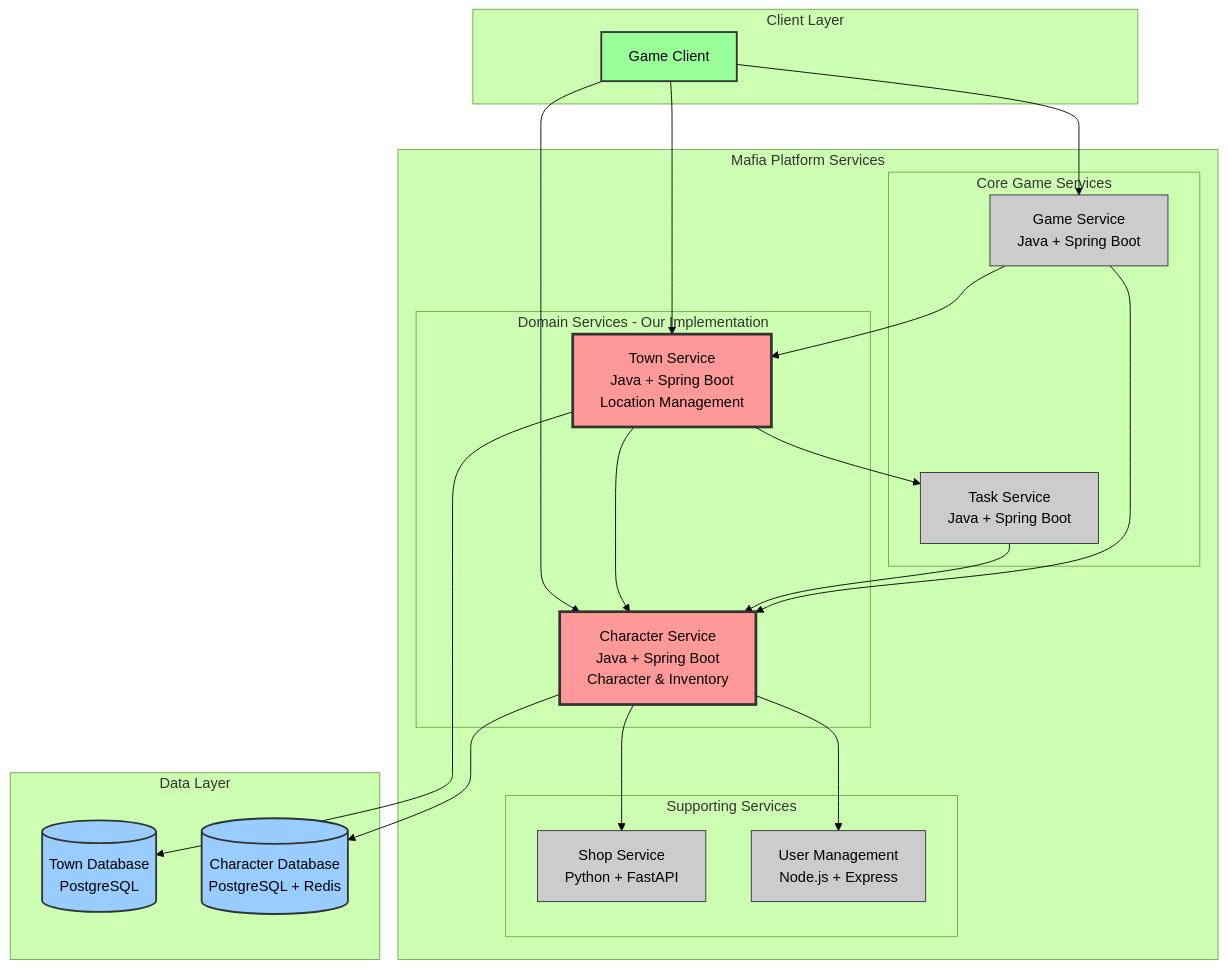
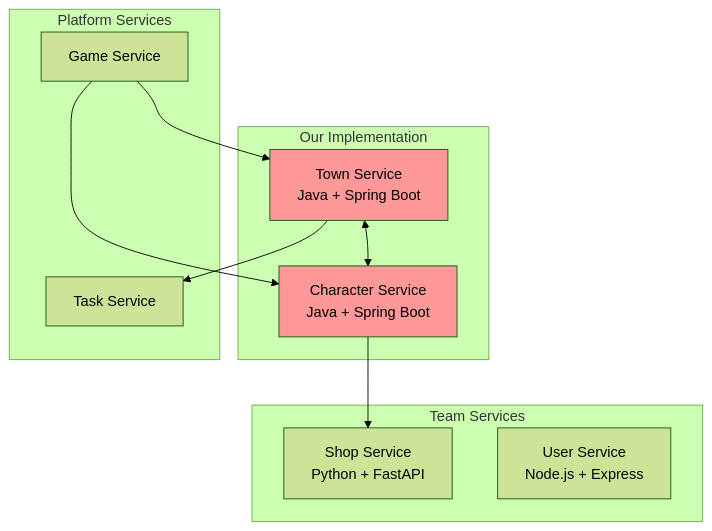
Before and after one commit to Flexksx/distributed_mafia_platform: the diagram in README.md, drawn with Mermaid (forest theme). The commit also changed other lines of this file, not shown here.

````diff
--- a/README.md
+++ b/README.md
@@ -7,57 +7,26 @@
 ```mermaid
 graph TB
-    subgraph "Client Layer"
-        Client[Game Client]
+    subgraph "Our Implementation"
+        Town[Town Service<br/>Java + Spring Boot]
+        Character[Character Service<br/>Java + Spring Boot]
     end
     
-    subgraph "Mafia Platform Services"
-        subgraph "Core Game Services"
-            Game[Game Service<br/>Java + Spring Boot]
-            Task[Task Service<br/>Java + Spring Boot]
-        end
-        
-        subgraph "Domain Services - Our Implementation"
-            Town[Town Service<br/>Java + Spring Boot<br/>Location Management]
-            Character[Character Service<br/>Java + Spring Boot<br/>Character & Inventory]
-        end
-        
-        subgraph "Supporting Services"
-            Shop[Shop Service<br/>Python + FastAPI]
-            User[User Management<br/>Node.js + Express]
-        end
+    subgraph "Team Services"
+        Shop[Shop Service<br/>Python + FastAPI]
+        User[User Service<br/>Node.js + Express]
     end
     
-    subgraph "Data Layer"
-        DB_Town[(Town Database<br/>PostgreSQL)]
-        DB_Character[(Character Database<br/>PostgreSQL + Redis)]
+    subgraph "Platform Services"
+        Game[Game Service]
+        Task[Task Service]
     end
-
-    %% Client connections
-    Client --> Game
-    Client --> Town
-    Client --> Character
     
-    %% Inter-service communication
+    Town <--> Character
+    Character --> Shop
     Town --> Task
-    Town --> Character
-    Character --> Shop
-    Character --> User
-    Task --> Character
     Game --> Town
     Game --> Character
     
-    %% Database connections
-    Town --> DB_Town
-    Character --> DB_Character
-    
-    %% Styling
-    classDef ourServices fill:#ff9999,stroke:#333,stroke-width:3px
-    classDef otherServices fill:#cccccc,stroke:#333,stroke-width:1px
-    classDef dbBox fill:#99ccff,stroke:#333,stroke-width:2px
-    classDef clientBox fill:#99ff99,stroke:#333,stroke-width:2px
-    
-    class Town,Character ourServices
-    class Game,Task,Shop,User otherServices
-    class DB_Town,DB_Character dbBox
-    class Client clientBox
+    style Town fill:#ff9999
+    style Character fill:#ff9999
 ```
````
